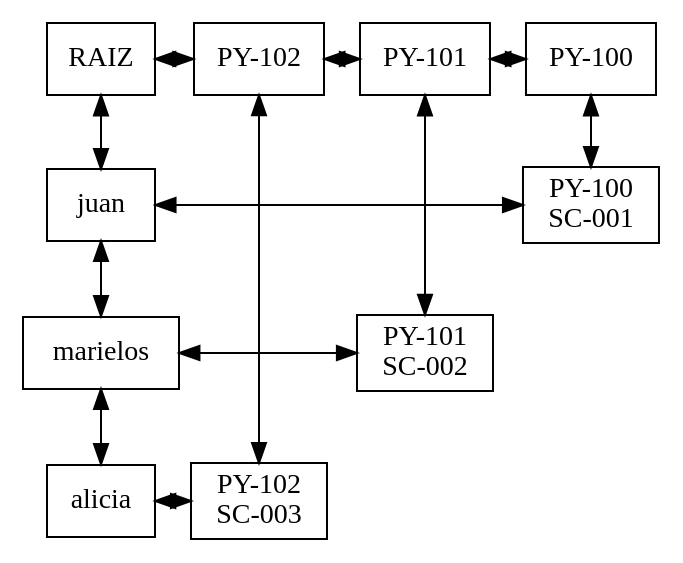
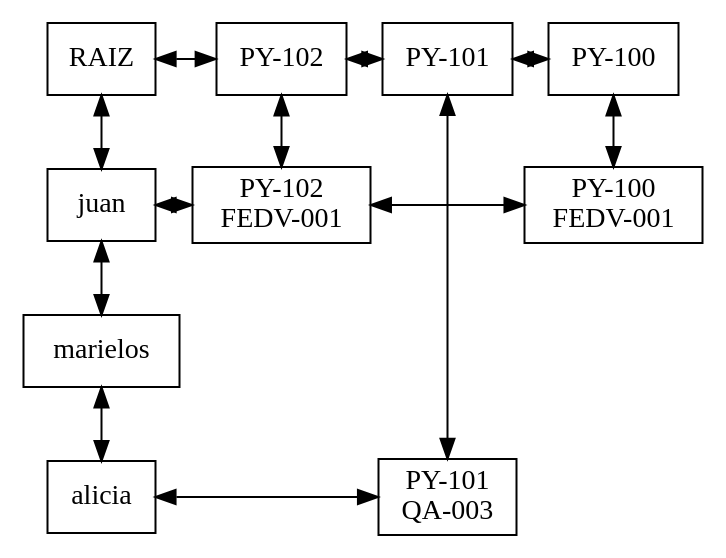
Before and after one commit to DDanielABF/EDD_2S2023_PY1_202004783: the diagram in EDD_PY1_FASE1/matriz.dot, drawn with Graphviz. The commit also changed 14 other files, not shown here.

```diff
--- a/EDD_PY1_FASE1/matriz.dot
+++ b/EDD_PY1_FASE1/matriz.dot
@@ -1,34 +1,34 @@
 digraph MatrizCapa{ 
  node[shape=box] 
  rankdir=UD;
 {rank=same; 
-nodo0x711c50[label="RAIZ\n" ,group=0]; 
-nodo0x711eb0[label="PY-102" ,group=1]; 
-nodo0x7166f0[label="PY-101" ,group=2]; 
-nodo0x716740[label="PY-100" ,group=3]; 
+nodo0x791c50[label="RAIZ\n" ,group=0]; 
+nodo0x791eb0[label="PY-102" ,group=1]; 
+nodo0x7966f0[label="PY-101" ,group=2]; 
+nodo0x796740[label="PY-100" ,group=3]; 
 } 
 {rank=same; 
-nodo0x716790[label="juan" ,group=0]; 
-nodo0x716880[label="PY-100\nSC-001" ,group=3]; 
+nodo0x796790[label="juan" ,group=0]; 
+nodo0x7968d0[label="PY-102\nFEDV-001" ,group=1]; 
+nodo0x796880[label="PY-100\nFEDV-001" ,group=3]; 
 } 
 {rank=same; 
-nodo0x7167e0[label="marielos" ,group=0]; 
-nodo0x7168d0[label="PY-101\nSC-002" ,group=2]; 
+nodo0x7967e0[label="marielos" ,group=0]; 
 } 
 {rank=same; 
-nodo0x716830[label="alicia" ,group=0]; 
-nodo0x716920[label="PY-102\nSC-003" ,group=1]; 
+nodo0x796830[label="alicia" ,group=0]; 
+nodo0x796920[label="PY-101\nQA-003" ,group=2]; 
 } 
-nodo0x711c50 -> nodo0x711eb0 [dir=both];
-nodo0x711eb0 -> nodo0x7166f0 [dir=both];
-nodo0x7166f0 -> nodo0x716740 [dir=both];
-nodo0x716790 -> nodo0x716880 [dir=both];
-nodo0x7167e0 -> nodo0x7168d0 [dir=both];
-nodo0x716830 -> nodo0x716920 [dir=both];
-nodo0x711c50 -> nodo0x716790 [dir=both];
-nodo0x716790 -> nodo0x7167e0 [dir=both];
-nodo0x7167e0 -> nodo0x716830 [dir=both];
-nodo0x711eb0 -> nodo0x716920 [dir=both];
-nodo0x7166f0 -> nodo0x7168d0 [dir=both];
-nodo0x716740 -> nodo0x716880 [dir=both];
+nodo0x791c50 -> nodo0x791eb0 [dir=both];
+nodo0x791eb0 -> nodo0x7966f0 [dir=both];
+nodo0x7966f0 -> nodo0x796740 [dir=both];
+nodo0x796790 -> nodo0x7968d0 [dir=both];
+nodo0x7968d0 -> nodo0x796880 [dir=both];
+nodo0x796830 -> nodo0x796920 [dir=both];
+nodo0x791c50 -> nodo0x796790 [dir=both];
+nodo0x796790 -> nodo0x7967e0 [dir=both];
+nodo0x7967e0 -> nodo0x796830 [dir=both];
+nodo0x791eb0 -> nodo0x7968d0 [dir=both];
+nodo0x7966f0 -> nodo0x796920 [dir=both];
+nodo0x796740 -> nodo0x796880 [dir=both];
 } 
```
